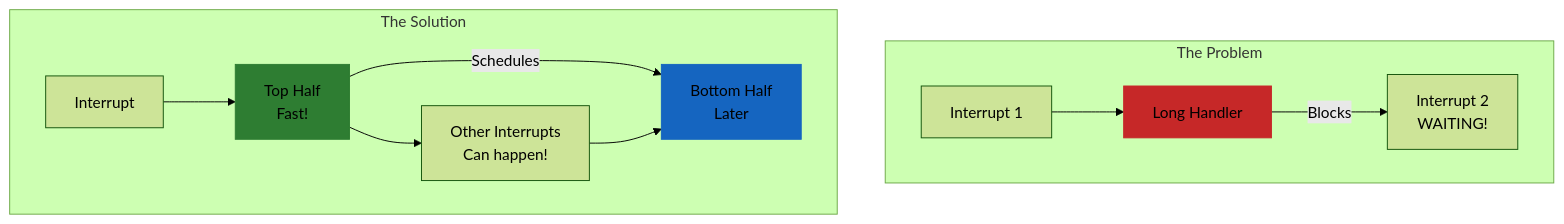
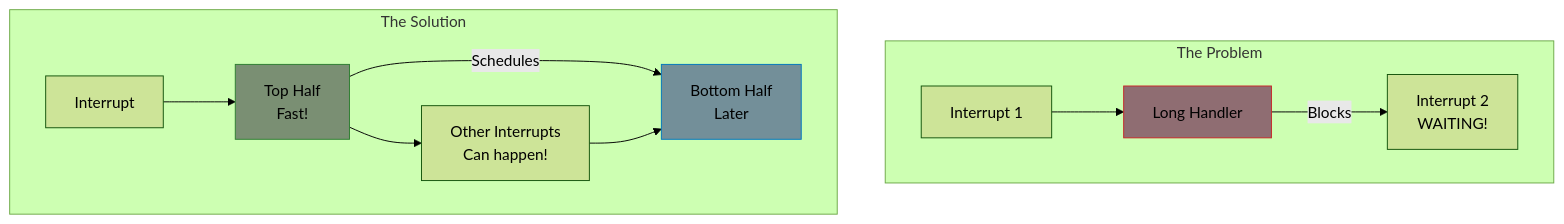
One commit to MichaelTien8901/linux-driver-guide-tutorial changed the first of 4 diagrams in part7/04-top-bottom-halves.md. Above: the diagram before and after it, drawn with Mermaid (forest theme). The commit also changed other lines of this file and 36 other files, not shown here.

Commit message:
Fix mermaid diagram colors to use consistent paper-like theme

````diff
--- a/part7/04-top-bottom-halves.md
+++ b/part7/04-top-bottom-halves.md
@@ -14,27 +14,27 @@
 ```mermaid
 flowchart TB
     subgraph Problem["The Problem"]
         IRQ1[Interrupt 1]
         LONG[Long Handler]
         IRQ2[Interrupt 2<br/>WAITING!]
     end
 
     subgraph Solution["The Solution"]
         TIRQ[Interrupt]
         TOP[Top Half<br/>Fast!]
         BOT[Bottom Half<br/>Later]
         OIRQ[Other Interrupts<br/>Can happen!]
     end
 
     IRQ1 --> LONG
     LONG -->|"Blocks"| IRQ2
 
     TIRQ --> TOP
     TOP -->|"Schedules"| BOT
     TOP --> OIRQ
     OIRQ --> BOT
 
-    style LONG fill:#c62828,stroke:#c62828
-    style TOP fill:#2e7d32,stroke:#2e7d32
-    style BOT fill:#1565c0,stroke:#1565c0
+    style LONG fill:#8f6d72,stroke:#c62828
+    style TOP fill:#7a8f73,stroke:#2e7d32
+    style BOT fill:#738f99,stroke:#0277bd
 ```
````
